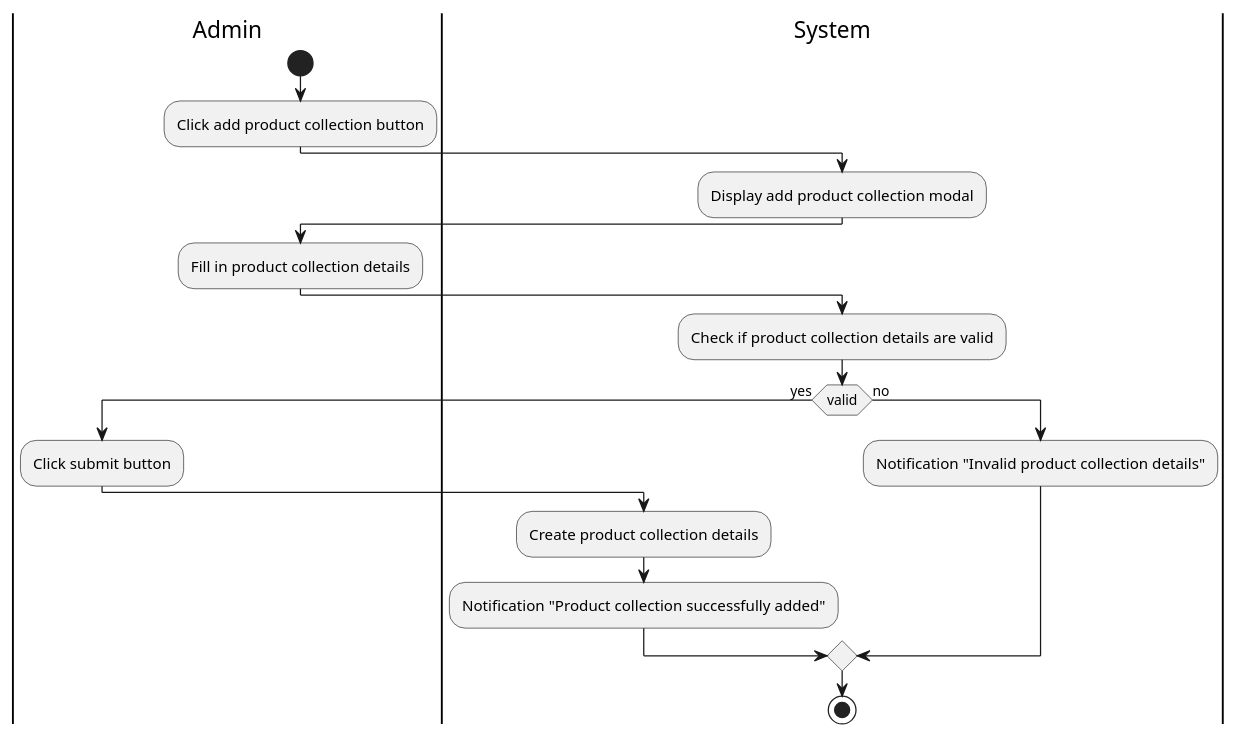
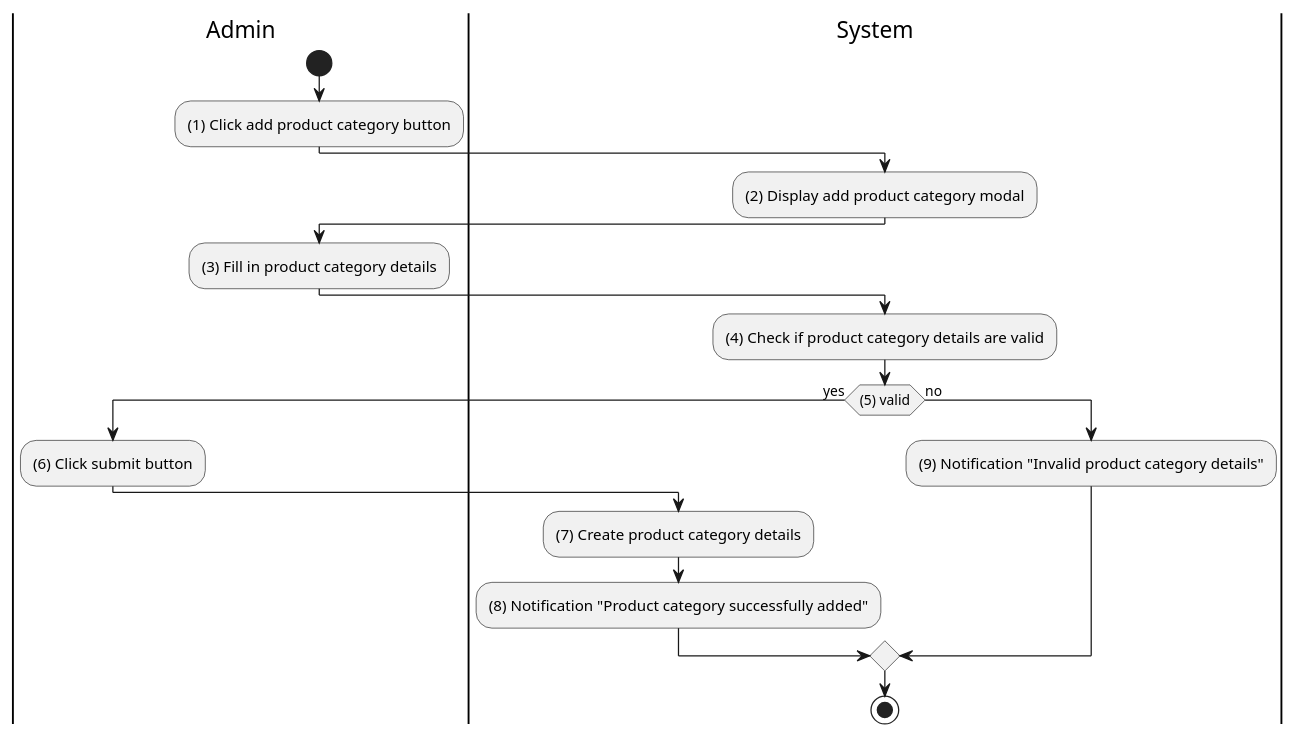
Before and after one commit to tuankietcoderr/SE357-Practice-class: the diagram in Lab1/Lab1.2/Activity/add-product-category.puml, drawn with PlantUML. The commit also changed 10 other files, not shown here.

```diff
--- a/Lab1/Lab1.2/Activity/add-product-category.puml
+++ b/Lab1/Lab1.2/Activity/add-product-category.puml
@@ -1,22 +1,22 @@
-@startuml Add product collection
+@startuml Add product category
 |Admin|
 start
-:Click add product collection button;
+:(1) Click add product category button;
 |System|
-:Display add product collection modal;
+:(2) Display add product category modal;
 |Admin|
-:Fill in product collection details;
+:(3) Fill in product category details;
 |System|
-:Check if product collection details are valid;
-if (valid) then (yes)
+:(4) Check if product category details are valid;
+if ((5) valid) then (yes)
 |Admin|
-:Click submit button;
+:(6) Click submit button;
 |System|
-:Create product collection details;
-:Notification "Product collection successfully added";
+:(7) Create product category details;
+:(8) Notification "Product category successfully added";
 else (no)
 |System|
-:Notification "Invalid product collection details";
+:(9) Notification "Invalid product category details";
 endif
 stop
 @enduml
```
